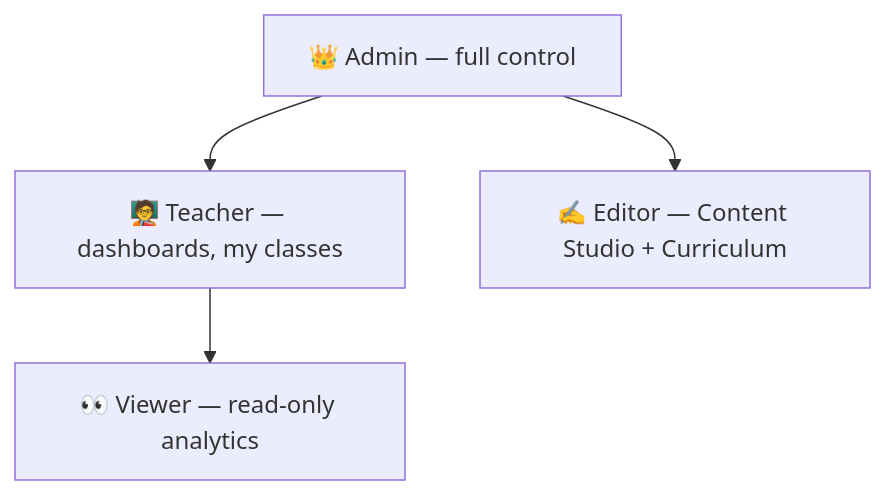
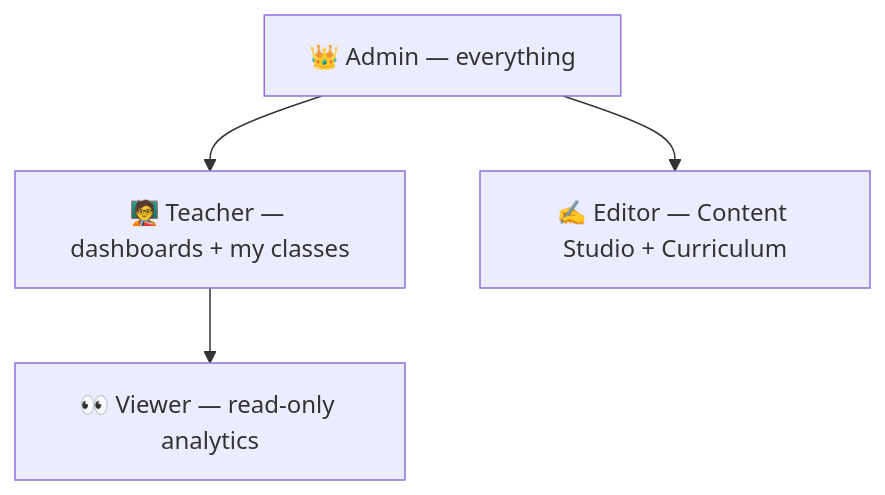
One commit to karthikLagudu/Zarban changed the sixth of 7 diagrams in README.md. Above: the diagram before and after it, drawn with Mermaid. The commit also changed other lines of this file, not shown here.

First line of the commit message:
Expand the README into full documentation

````diff
--- a/README.md
+++ b/README.md
@@ -106,6 +255,6 @@
 ```mermaid
 flowchart TD
-    Admin["👑 Admin — full control"] --> Teacher["🧑‍🏫 Teacher — dashboards, my classes"]
+    Admin["👑 Admin — everything"] --> Teacher["🧑‍🏫 Teacher — dashboards + my classes"]
     Teacher --> Viewer["👀 Viewer — read-only analytics"]
     Admin --> Editor["✍️ Editor — Content Studio + Curriculum"]
 ```
````
